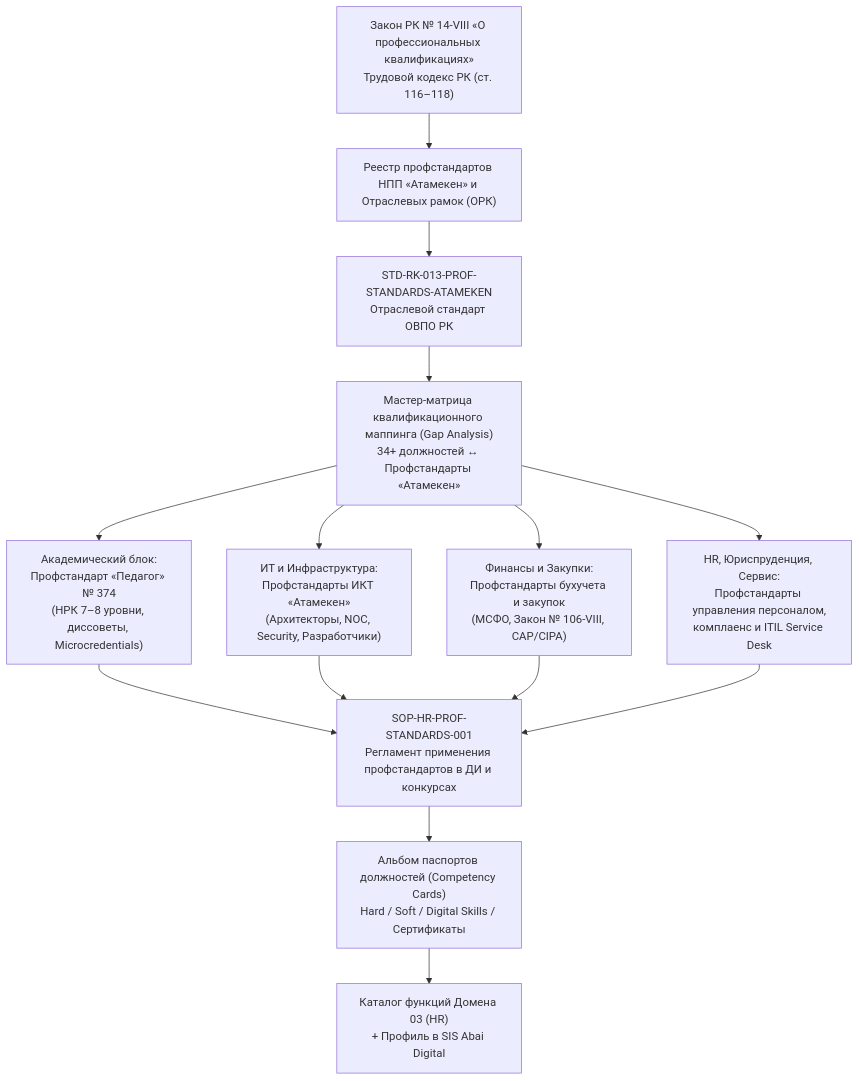
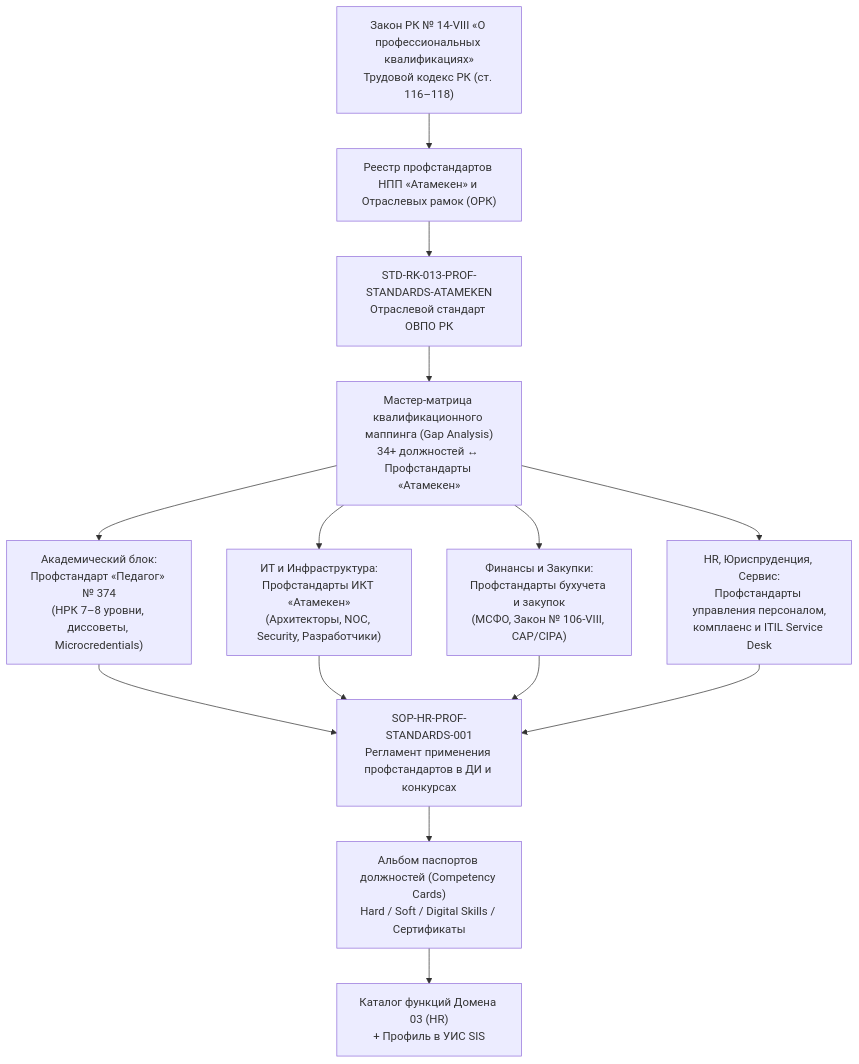
One commit to nurkenonline/transformation changed the diagram in workspace/ABAI_20260922-173500_ATAMEKEN_PROF_STANDARDS/HL.md. Above: the diagram before and after it, drawn with Mermaid. The commit also changed 22 other files, not shown here.

Commit message:
docs: replace references from Abai Digital to УИС SIS across documentation and framework files

````diff
--- a/workspace/ABAI_20260922-173500_ATAMEKEN_PROF_STANDARDS/HL.md
+++ b/workspace/ABAI_20260922-173500_ATAMEKEN_PROF_STANDARDS/HL.md
@@ -70,15 +70,15 @@
 ```mermaid
 graph TD
     A["Закон РК № 14-VIII «О профессиональных квалификациях»<br>Трудовой кодекс РК (ст. 116–118)"] --> B["Реестр профстандартов НПП «Атамекен» и Отраслевых рамок (ОРК)"]
     B --> C["STD-RK-013-PROF-STANDARDS-ATAMEKEN<br>Отраслевой стандарт ОВПО РК"]
     C --> D["Мастер-матрица квалификационного маппинга (Gap Analysis)<br>34+ должностей ↔ Профстандарты «Атамекен»"]
     
     D --> E1["Академический блок:<br>Профстандарт «Педагог» № 374<br>(НРК 7–8 уровни, диссоветы, Microcredentials)"]
     D --> E2["ИТ и Инфраструктура:<br>Профстандарты ИКТ «Атамекен»<br>(Архитекторы, NOC, Security, Разработчики)"]
     D --> E3["Финансы и Закупки:<br>Профстандарты бухучета и закупок<br>(МСФО, Закон № 106-VIII, CAP/CIPA)"]
     D --> E4["HR, Юриспруденция, Сервис:<br>Профстандарты управления персоналом,<br>комплаенс и ITIL Service Desk"]
 
     E1 & E2 & E3 & E4 --> F["SOP-HR-PROF-STANDARDS-001<br>Регламент применения профстандартов в ДИ и конкурсах"]
     F --> G["Альбом паспортов должностей (Competency Cards)<br>Hard / Soft / Digital Skills / Сертификаты"]
-    G --> H["Каталог функций Домена 03 (HR)<br>+ Профиль в SIS Abai Digital"]
+    G --> H["Каталог функций Домена 03 (HR)<br>+ Профиль в УИС SIS"]
 ```
````
